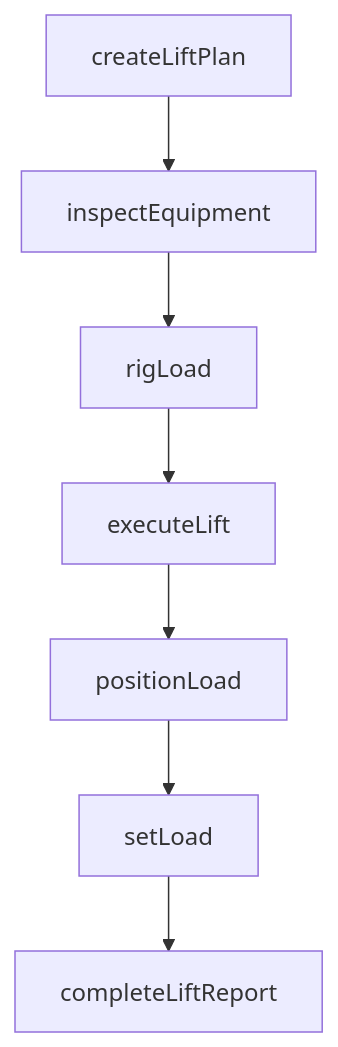
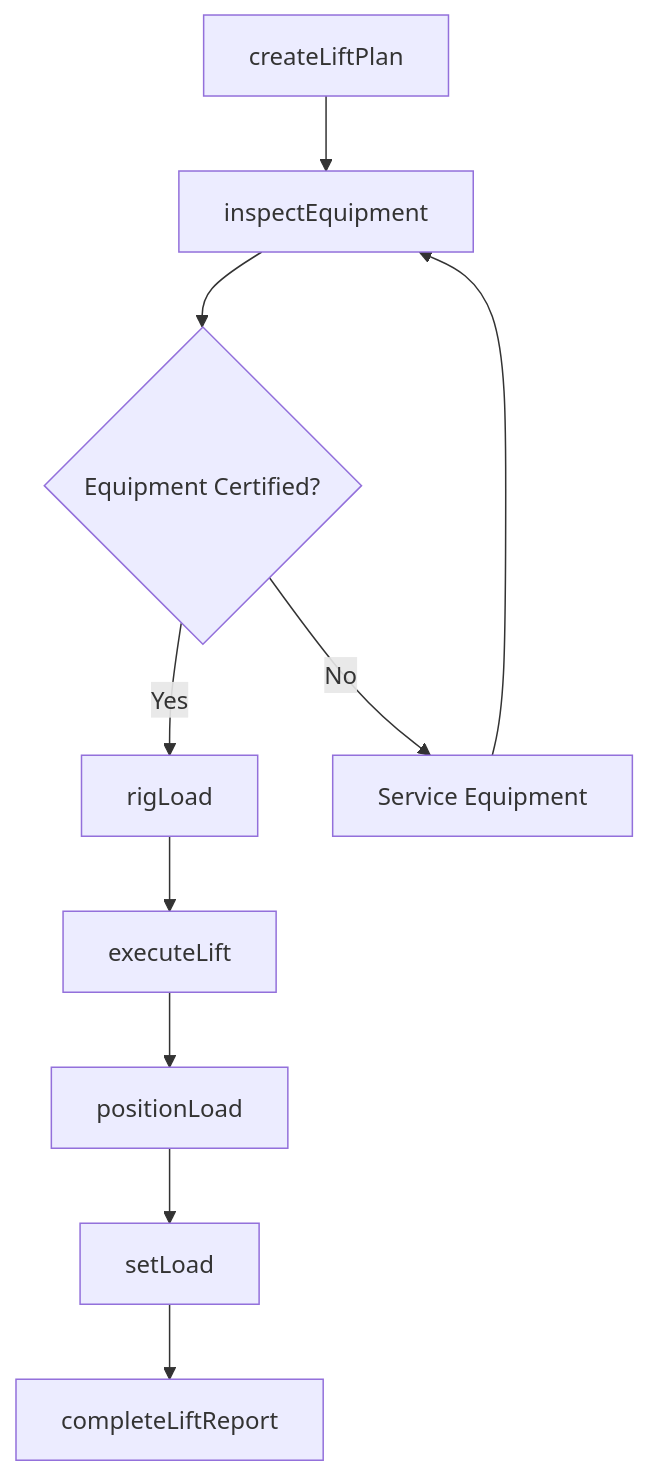
The third of 4 diagrams in PerformingGeneralPhysicalActivities/MoveMaterialsEquipmentOrSupplies/MoveLargeObjectsUsingHeavy.mdx (dot-org-ai/tasks.org.ai), drawn with Mermaid before and after one commit. The commit also changed other lines of this file and 307 other files, not shown here.

First line of the commit message:
feat: Add ER diagrams and state diagrams to remaining 308 DWA task files (wave 3 complete)

````diff
--- a/PerformingGeneralPhysicalActivities/MoveMaterialsEquipmentOrSupplies/MoveLargeObjectsUsingHeavy.mdx
+++ b/PerformingGeneralPhysicalActivities/MoveMaterialsEquipmentOrSupplies/MoveLargeObjectsUsingHeavy.mdx
@@ -85,9 +113,12 @@
 ```mermaid
 graph TD
     A[createLiftPlan] --> B[inspectEquipment]
-    B --> C[rigLoad]
-    C --> D[executeLift]
-    D --> E[positionLoad]
-    E --> F[setLoad]
-    F --> G[completeLiftReport]
+    B --> C{Equipment Certified?}
+    C -->|Yes| D[rigLoad]
+    C -->|No| E[Service Equipment]
+    E --> B
+    D --> F[executeLift]
+    F --> G[positionLoad]
+    G --> H[setLoad]
+    H --> I[completeLiftReport]
 ```
````
